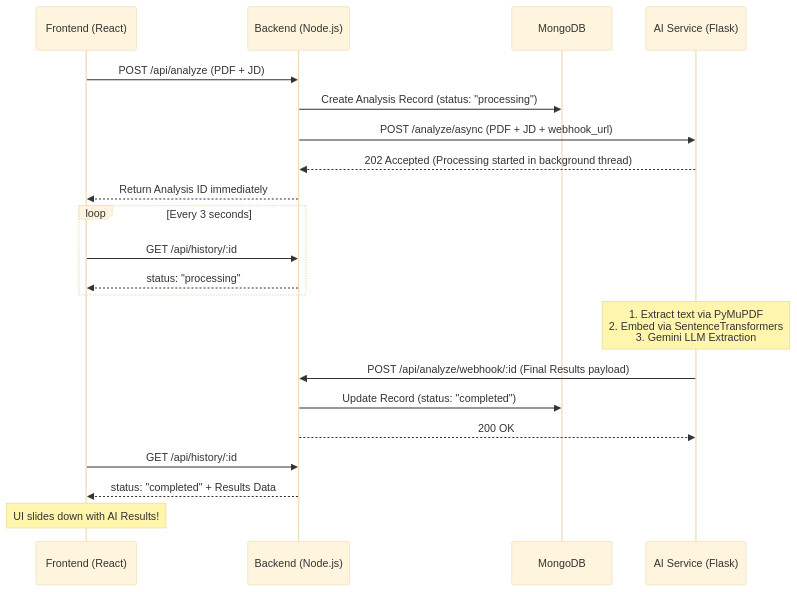
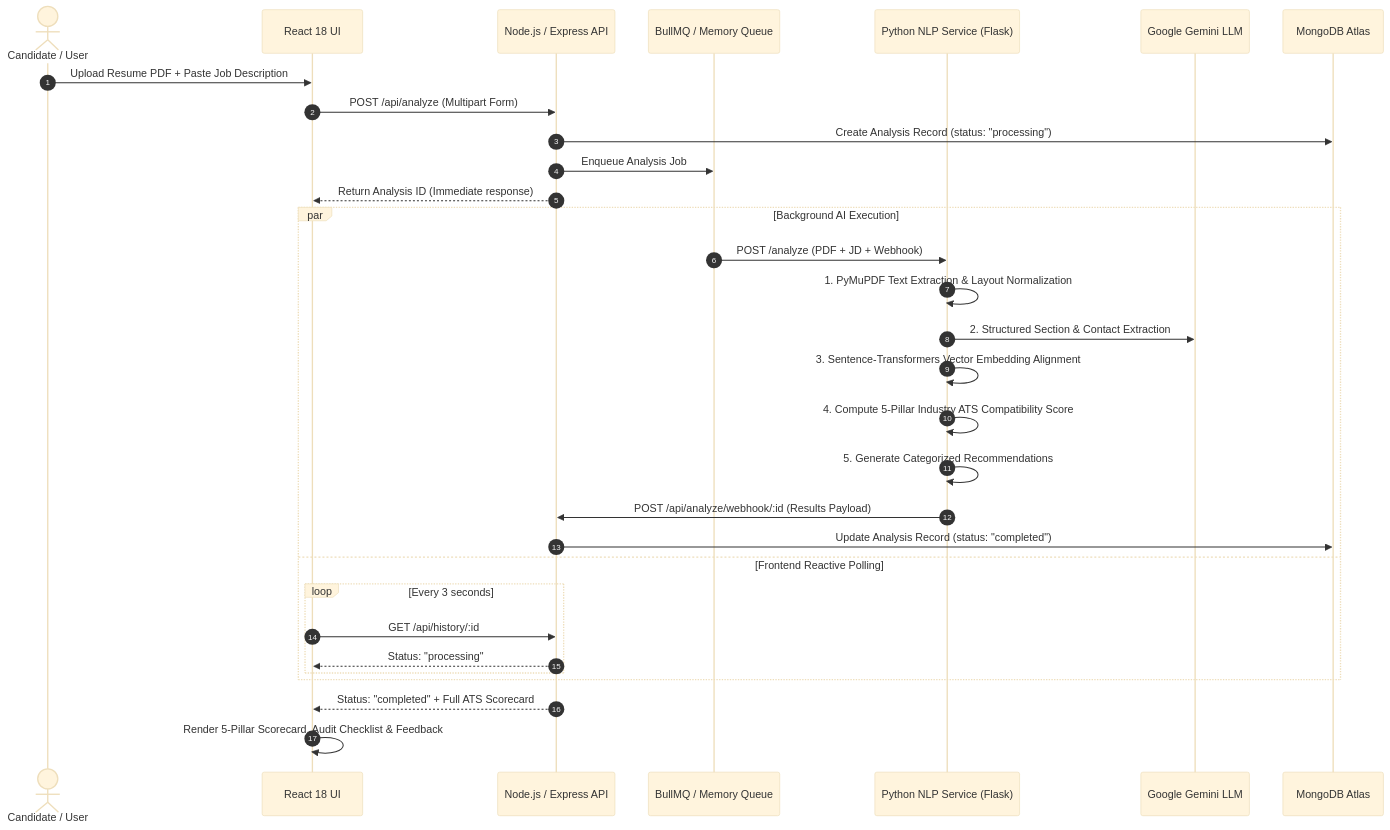
Before and after one commit to Arjun-coder-ops/ai-resume-analyzer-nlp: the diagram in README.md, drawn with Mermaid (base theme). The commit also changed other lines of this file, not shown here.

Commit message:
docs: update README with 5-pillar ATS scoring architecture, health audit, and system guide

````diff
--- a/README.md
+++ b/README.md
@@ -140,28 +98,36 @@
 ```mermaid
 sequenceDiagram
-    participant React as Frontend (React)
-    participant Node as Backend (Node.js)
-    participant DB as MongoDB
-    participant Python as AI Service (Flask)
+    autonumber
+    actor User as Candidate / User
+    participant Frontend as React 18 UI
+    participant Backend as Node.js / Express API
+    participant Queue as BullMQ / Memory Queue
+    participant NLP as Python NLP Service (Flask)
+    participant Gemini as Google Gemini LLM
+    participant DB as MongoDB Atlas
 
-    React->>Node: POST /api/analyze (PDF + JD)
-    Node->>DB: Create Analysis Record (status: "processing")
-    Node->>Python: POST /analyze/async (PDF + JD + webhook_url)
-    Python-->>Node: 202 Accepted (Processing started in background thread)
-    Node-->>React: Return Analysis ID immediately
+    User->>Frontend: Upload Resume PDF + Paste Job Description
+    Frontend->>Backend: POST /api/analyze (Multipart Form)
+    Backend->>DB: Create Analysis Record (status: "processing")
+    Backend->>Queue: Enqueue Analysis Job
+    Backend-->>Frontend: Return Analysis ID (Immediate response)
     
-    loop Every 3 seconds
-        React->>Node: GET /api/history/:id
-        Node-->>React: status: "processing"
+    par Background AI Execution
+        Queue->>NLP: POST /analyze (PDF + JD + Webhook)
+        NLP->>NLP: 1. PyMuPDF Text Extraction & Layout Normalization
+        NLP->>Gemini: 2. Structured Section & Contact Extraction
+        NLP->>NLP: 3. Sentence-Transformers Vector Embedding Alignment
+        NLP->>NLP: 4. Compute 5-Pillar Industry ATS Compatibility Score
+        NLP->>NLP: 5. Generate Categorized Recommendations
+        NLP->>Backend: POST /api/analyze/webhook/:id (Results Payload)
+        Backend->>DB: Update Analysis Record (status: "completed")
+    and Frontend Reactive Polling
+        loop Every 3 seconds
+            Frontend->>Backend: GET /api/history/:id
+            Backend-->>Frontend: Status: "processing"
+        end
     end
-    
-    Note over Python: 1. Extract text via PyMuPDF<br/>2. Embed via SentenceTransformers<br/>3. Gemini LLM Extraction
-    
-    Python->>Node: POST /api/analyze/webhook/:id (Final Results payload)
-    Node->>DB: Update Record (status: "completed")
-    Node-->>Python: 200 OK
-    
-    React->>Node: GET /api/history/:id
-    Node-->>React: status: "completed" + Results Data
-    Note over React: UI slides down with AI Results!
+
+    Backend-->>Frontend: Status: "completed" + Full ATS Scorecard
+    Frontend->>Frontend: Render 5-Pillar Scorecard, Audit Checklist & Feedback
 ```
````
